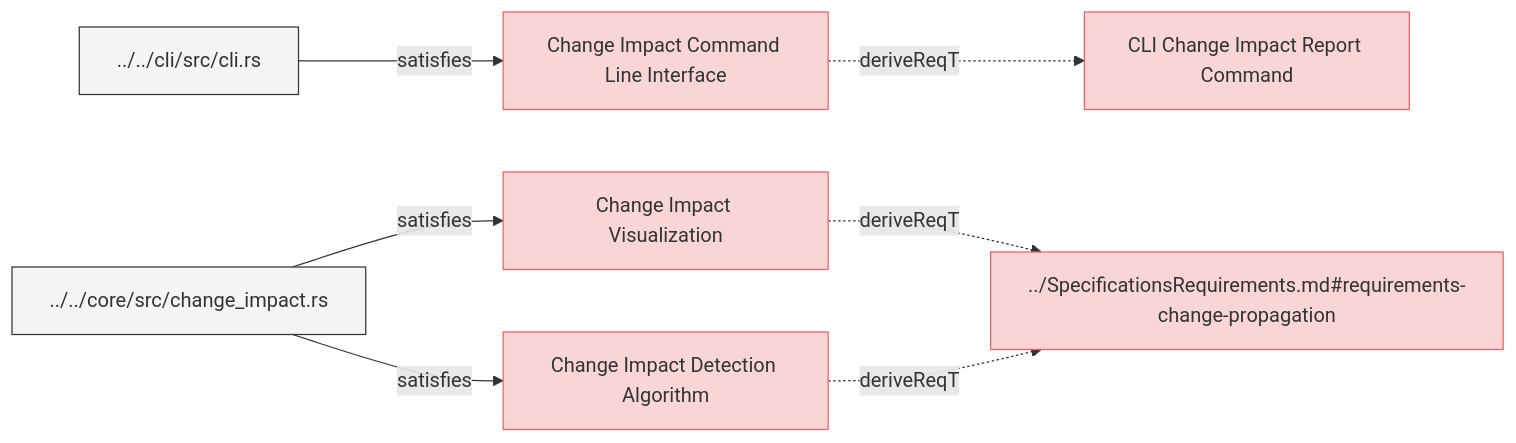
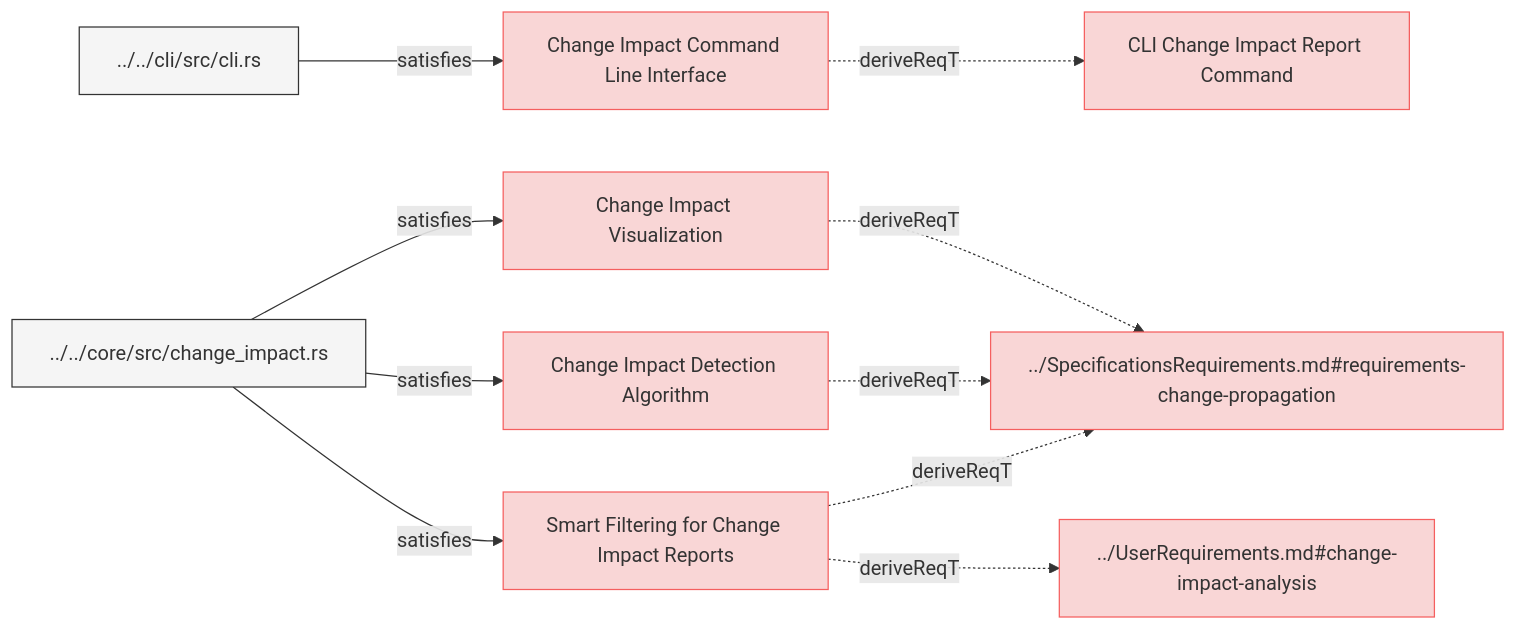
One commit to reqvire-org/reqvire changed the diagram in specifications/SystemRequirements/ChangeImpactPropagation.md. Above: the diagram before and after it, drawn with Mermaid. The commit also changed other lines of this file and 2 other files, not shown here.

````diff
--- a/specifications/SystemRequirements/ChangeImpactPropagation.md
+++ b/specifications/SystemRequirements/ChangeImpactPropagation.md
@@ -6,39 +6,48 @@
 ```mermaid
 graph LR;
   %% Graph styling
   classDef requirement fill:#f9d6d6,stroke:#f55f5f,stroke-width:1px;
   classDef verification fill:#d6f9d6,stroke:#5fd75f,stroke-width:1px;
   classDef externalLink fill:#d0e0ff,stroke:#3080ff,stroke-width:1px;
   classDef default fill:#f5f5f5,stroke:#333333,stroke-width:1px;
 
   37a75398bd174177["Change Impact Command Line Interface"];
   class 37a75398bd174177 requirement;
   click 37a75398bd174177 "ChangeImpactPropagation.md#change-impact-command-line-interface";
   4c9ae0a2fb751ce6["CLI Change Impact Report Command"];
   class 4c9ae0a2fb751ce6 requirement;
   click 4c9ae0a2fb751ce6 "Requirements.md#cli-change-impact-report-command";
   37a75398bd174177 -.->|deriveReqT| 4c9ae0a2fb751ce6;
   80defdd4cbc7ee18["../../cli/src/cli.rs"];
   class 80defdd4cbc7ee18 default;
   click 80defdd4cbc7ee18 "../../cli/src/cli.rs";
   80defdd4cbc7ee18 -->|satisfies| 37a75398bd174177;
   4ba519ed09b81863["Change Impact Visualization"];
   class 4ba519ed09b81863 requirement;
   click 4ba519ed09b81863 "ChangeImpactPropagation.md#change-impact-visualization";
   2054606d7574a553["../SpecificationsRequirements.md#requirements-change-propagation"];
   class 2054606d7574a553 requirement;
   click 2054606d7574a553 "../SpecificationsRequirements.md#requirements-change-propagation";
   4ba519ed09b81863 -.->|deriveReqT| 2054606d7574a553;
   4b89dbed94c08c3e["../../core/src/change_impact.rs"];
   class 4b89dbed94c08c3e default;
   click 4b89dbed94c08c3e "../../core/src/change_impact.rs";
   4b89dbed94c08c3e -->|satisfies| 4ba519ed09b81863;
   c8d1020a3844532d["Change Impact Detection Algorithm"];
   class c8d1020a3844532d requirement;
   click c8d1020a3844532d "ChangeImpactPropagation.md#change-impact-detection-algorithm";
   c8d1020a3844532d -.->|deriveReqT| 2054606d7574a553;
   4b89dbed94c08c3e["../../core/src/change_impact.rs"];
   class 4b89dbed94c08c3e default;
   click 4b89dbed94c08c3e "../../core/src/change_impact.rs";
   4b89dbed94c08c3e -->|satisfies| c8d1020a3844532d;
+  d5f8a3c2e9b17456["Smart Filtering for Change Impact Reports"];
+  class d5f8a3c2e9b17456 requirement;
+  click d5f8a3c2e9b17456 "ChangeImpactPropagation.md#smart-filtering-for-change-impact-reports";
+  9933cac5853a8584["../UserRequirements.md#change-impact-analysis"];
+  class 9933cac5853a8584 requirement;
+  click 9933cac5853a8584 "../UserRequirements.md#change-impact-analysis";
+  d5f8a3c2e9b17456 -.->|deriveReqT| 9933cac5853a8584;
+  d5f8a3c2e9b17456 -.->|deriveReqT| 2054606d7574a553;
+  4b89dbed94c08c3e -->|satisfies| d5f8a3c2e9b17456;
 ```
````
